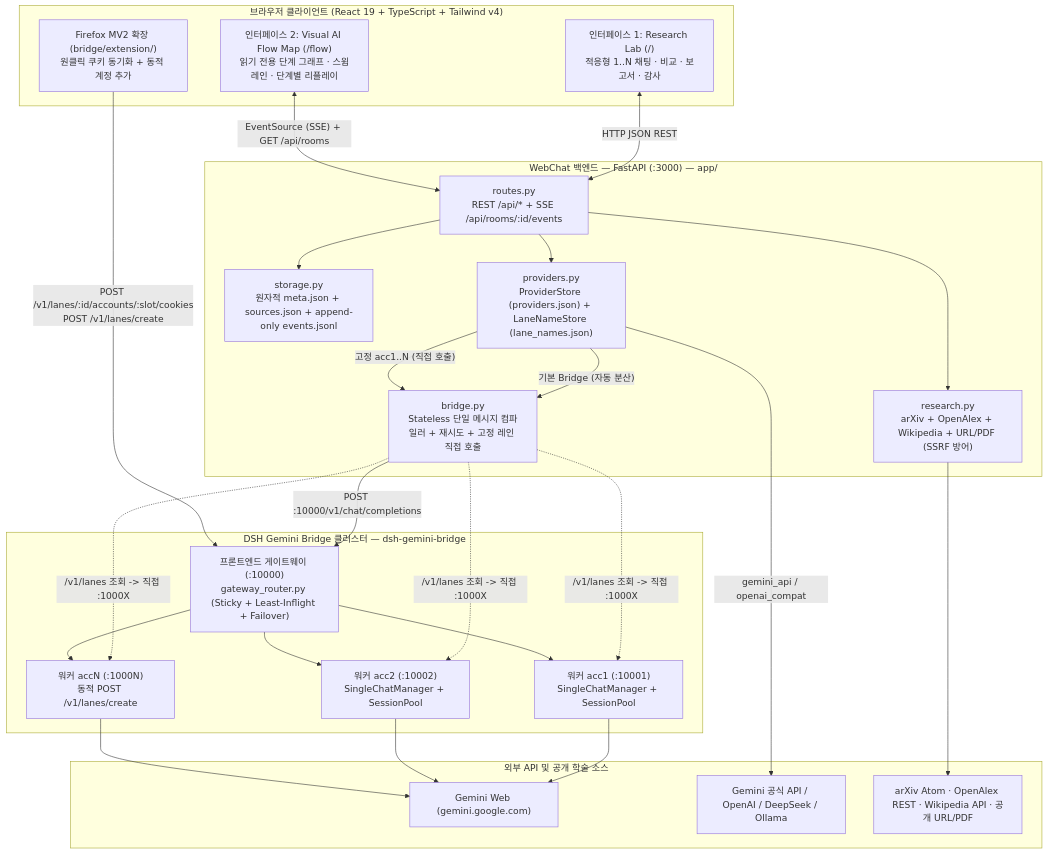
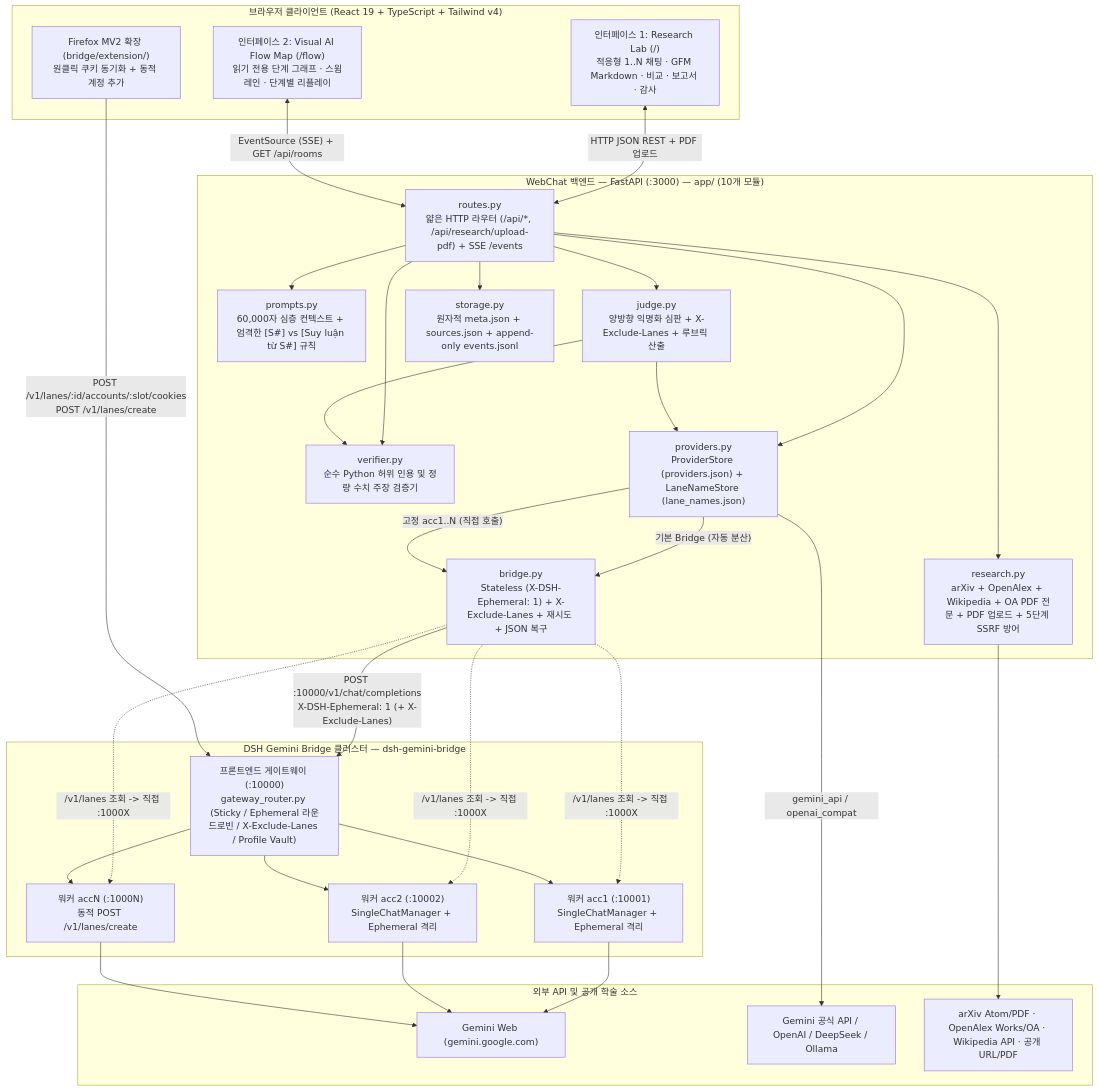
The first of 2 diagrams in docs/ARCHITECTURE.ko.md (Khai-1711/research_ai_web), drawn with Mermaid before and after one commit. The commit also changed other lines of this file and 8 other files, not shown here.

Commit message:
docs: rewrite architecture docs and add step-by-step web usage guide

````diff
--- a/docs/ARCHITECTURE.ko.md
+++ b/docs/ARCHITECTURE.ko.md
@@ -13,41 +13,48 @@
 ```mermaid
 flowchart TB
     subgraph Browser["브라우저 클라이언트 (React 19 + TypeScript + Tailwind v4)"]
-        UI1["인터페이스 1: Research Lab (/)<br/>적응형 1..N 채팅 · 비교 · 보고서 · 감사"]
+        UI1["인터페이스 1: Research Lab (/)<br/>적응형 1..N 채팅 · GFM Markdown · 비교 · 보고서 · 감사"]
         UI2["인터페이스 2: Visual AI Flow Map (/flow)<br/>읽기 전용 단계 그래프 · 스윔레인 · 단계별 리플레이"]
         EXT["Firefox MV2 확장 (bridge/extension/)<br/>원클릭 쿠키 동기화 + 동적 계정 추가"]
     end
 
-    subgraph WebChat["WebChat 백엔드 — FastAPI (:3000) — app/"]
-        ROUTES["routes.py<br/>REST /api/* + SSE /api/rooms/:id/events"]
+    subgraph WebChat["WebChat 백엔드 — FastAPI (:3000) — app/ (10개 모듈)"]
+        ROUTES["routes.py<br/>얇은 HTTP 라우터 (/api/*, /api/research/upload-pdf) + SSE /events"]
+        PROMPTS["prompts.py<br/>60,000자 심층 컨텍스트 + 엄격한 [S#] vs [Suy luận từ S#] 규칙"]
+        VERIFIER["verifier.py<br/>순수 Python 허위 인용 및 정량 수치 주장 검증기"]
+        JUDGE["judge.py<br/>양방향 익명화 심판 + X-Exclude-Lanes + 루브릭 산출"]
         STORE["storage.py<br/>원자적 meta.json + sources.json + append-only events.jsonl"]
         PROV["providers.py<br/>ProviderStore (providers.json) + LaneNameStore (lane_names.json)"]
-        RES["research.py<br/>arXiv + OpenAlex + Wikipedia + URL/PDF (SSRF 방어)"]
-        BCLIENT["bridge.py<br/>Stateless 단일 메시지 컴파일러 + 재시도 + 고정 레인 직접 호출"]
+        RES["research.py<br/>arXiv + OpenAlex + Wikipedia + OA PDF 전문 + PDF 업로드 + 5단계 SSRF 방어"]
+        BCLIENT["bridge.py<br/>Stateless (X-DSH-Ephemeral: 1) + X-Exclude-Lanes + 재시도 + JSON 복구"]
     end
 
     subgraph Bridge["DSH Gemini Bridge 클러스터 — dsh-gemini-bridge"]
-        GW["프론트엔드 게이트웨이 (:10000)<br/>gateway_router.py (Sticky + Least-Inflight + Failover)"]
-        W1["워커 acc1 (:10001)<br/>SingleChatManager + SessionPool"]
-        W2["워커 acc2 (:10002)<br/>SingleChatManager + SessionPool"]
+        GW["프론트엔드 게이트웨이 (:10000)<br/>gateway_router.py (Sticky / Ephemeral 라운드로빈 / X-Exclude-Lanes / Profile Vault)"]
+        W1["워커 acc1 (:10001)<br/>SingleChatManager + Ephemeral 격리"]
+        W2["워커 acc2 (:10002)<br/>SingleChatManager + Ephemeral 격리"]
         WN["워커 accN (:1000N)<br/>동적 POST /v1/lanes/create"]
     end
 
     subgraph External["외부 API 및 공개 학술 소스"]
         GEMWEB["Gemini Web (gemini.google.com)"]
         EXTAPI["Gemini 공식 API / OpenAI / DeepSeek / Ollama"]
-        ACAD["arXiv Atom · OpenAlex REST · Wikipedia API · 공개 URL/PDF"]
+        ACAD["arXiv Atom/PDF · OpenAlex Works/OA · Wikipedia API · 공개 URL/PDF"]
     end
 
-    UI1 <-->|"HTTP JSON REST"| ROUTES
+    UI1 <-->|"HTTP JSON REST + PDF 업로드"| ROUTES
     UI2 <-->|"EventSource (SSE) + GET /api/rooms"| ROUTES
+    ROUTES --> PROMPTS
+    ROUTES --> VERIFIER
+    ROUTES --> JUDGE --> VERIFIER
     ROUTES --> STORE
     ROUTES --> RES --> ACAD
     ROUTES --> PROV
-    PROV -->|"기본 Bridge (자동 분산)"| BCLIENT -->|"POST :10000/v1/chat/completions"| GW
+    JUDGE --> PROV
+    PROV -->|"기본 Bridge (자동 분산)"| BCLIENT -->|"POST :10000/v1/chat/completions<br/>X-DSH-Ephemeral: 1 (+ X-Exclude-Lanes)"| GW
     PROV -->|"고정 acc1..N (직접 호출)"| BCLIENT -.->|"/v1/lanes 조회 -> 직접 :1000X"| W1 & W2 & WN
     PROV -->|"gemini_api / openai_compat"| EXTAPI
     GW --> W1 & W2 & WN
     W1 & W2 & WN --> GEMWEB
     EXT -->|"POST /v1/lanes/:id/accounts/:slot/cookies<br/>POST /v1/lanes/create"| GW
 ```
````
